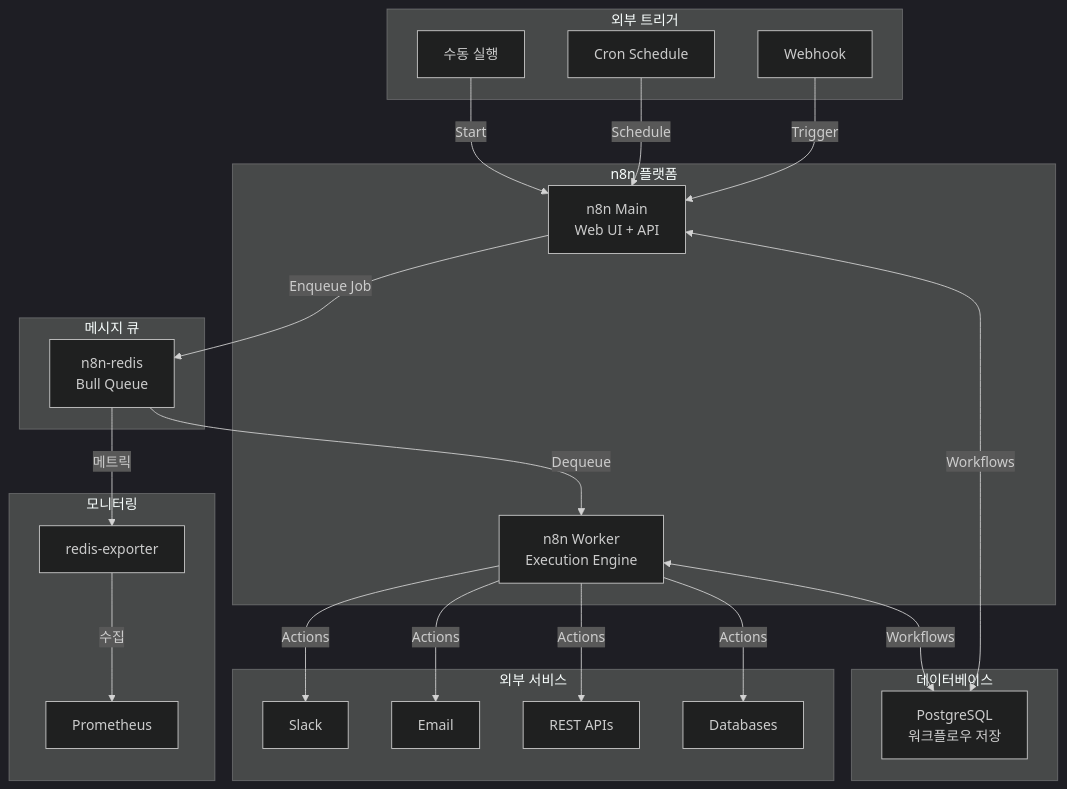
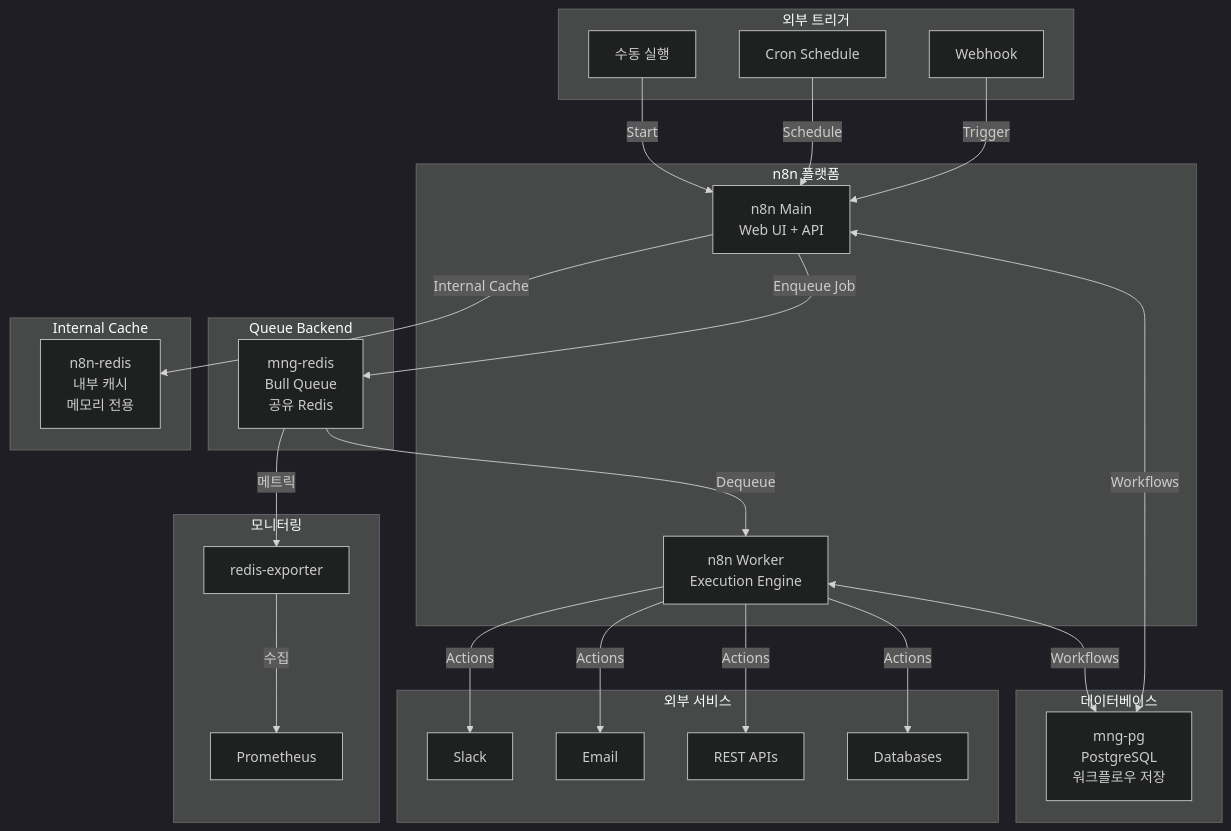
The diagram in Infra/n8n/README.md (buenhyden/hy-home.docker), drawn with Mermaid (dark theme) before and after one commit. The commit also changed other lines of this file, not shown here.

First line of the commit message:
fix(docs): n8n README mng-db 의존성 정정

````diff
--- a/Infra/n8n/README.md
+++ b/Infra/n8n/README.md
@@ -17,51 +17,57 @@
 ```mermaid
 flowchart TB
     subgraph "외부 트리거"
         WEBHOOK[Webhook]
         CRON[Cron Schedule]
         MANUAL[수동 실행]
     end
     
     subgraph "n8n 플랫폼"
         N8N[n8n Main<br/>Web UI + API]
         WORKER[n8n Worker<br/>Execution Engine]
     end
     
-    subgraph "메시지 큐"
-        REDIS[n8n-redis<br/>Bull Queue]
+    subgraph "Queue Backend"
+        MNGREDIS[mng-redis<br/>Bull Queue<br/>공유 Redis]
+    end
+    
+    subgraph "Internal Cache"
+        N8NREDIS[n8n-redis<br/>내부 캐시<br/>메모리 전용]
     end
     
     subgraph "데이터베이스"
-        PG[PostgreSQL<br/>워크플로우 저장]
+        MNGPG[mng-pg<br/>PostgreSQL<br/>워크플로우 저장]
     end
     
     subgraph "모니터링"
         REXP[redis-exporter]
         PROM[Prometheus]
     end
     
     subgraph "외부 서비스"
         SLACK[Slack]
         EMAIL[Email]
         API[REST APIs]
         DB[Databases]
     end
     
     WEBHOOK -->|Trigger| N8N
     CRON -->|Schedule| N8N
     MANUAL -->|Start| N8N
     
-    N8N -->|Enqueue Job| REDIS
-    REDIS -->|Dequeue| WORKER
+    N8N -->|Enqueue Job| MNGREDIS
+    MNGREDIS -->|Dequeue| WORKER
     
-    N8N <-->|Workflows| PG
-    WORKER <-->|Workflows| PG
+    N8N -->|Internal Cache| N8NREDIS
+    
+    N8N <-->|Workflows| MNGPG
+    WORKER <-->|Workflows| MNGPG
     
     WORKER -->|Actions| SLACK
     WORKER -->|Actions| EMAIL
     WORKER -->|Actions| API
     WORKER -->|Actions| DB
     
-    REDIS -->|메트릭| REXP
+    MNGREDIS -->|메트릭| REXP
     REXP -->|수집| PROM
 ```
````
